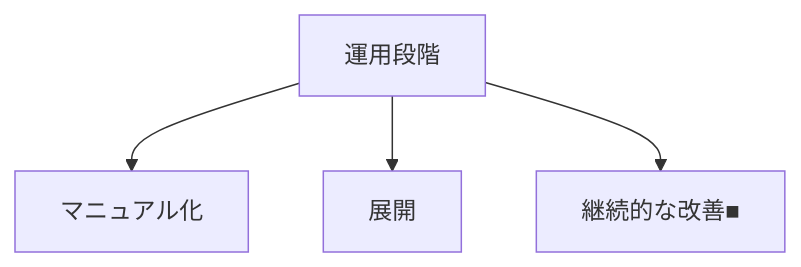
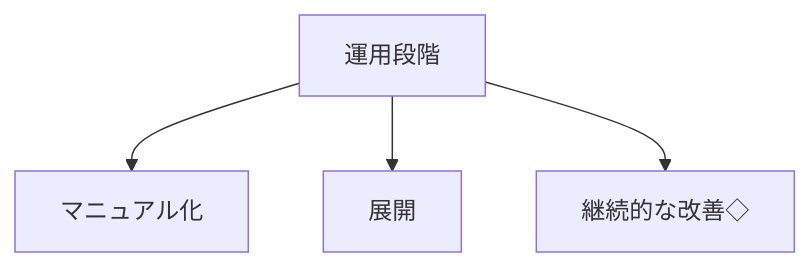
Before and after one commit to SparklingDetergent/doc_genai_Using_Generative_AI_with_Mac_Mini_-Introduction-: diagram 12 of 14 in README.md, drawn with Mermaid. The commit also changed other lines of this file, not shown here.

````diff
--- a/README.md
+++ b/README.md
@@ -236,6 +236,6 @@
 ```mermaid
 graph TD
     A[運用段階] --> B[マニュアル化]
     A --> C[展開]
-    A --> D[継続的な改善■]
+    A --> D[継続的な改善◇]
 ```
````
